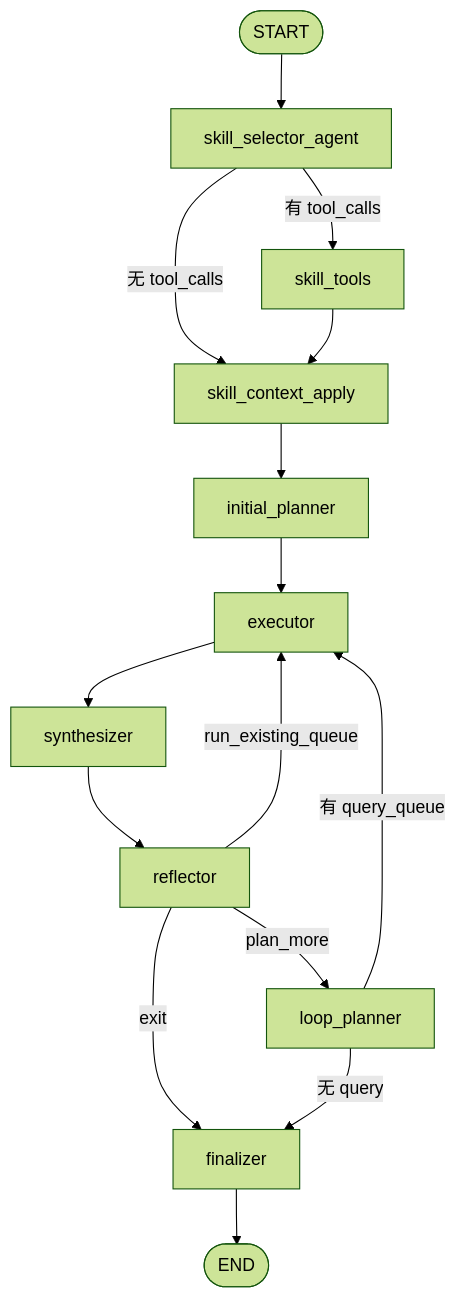
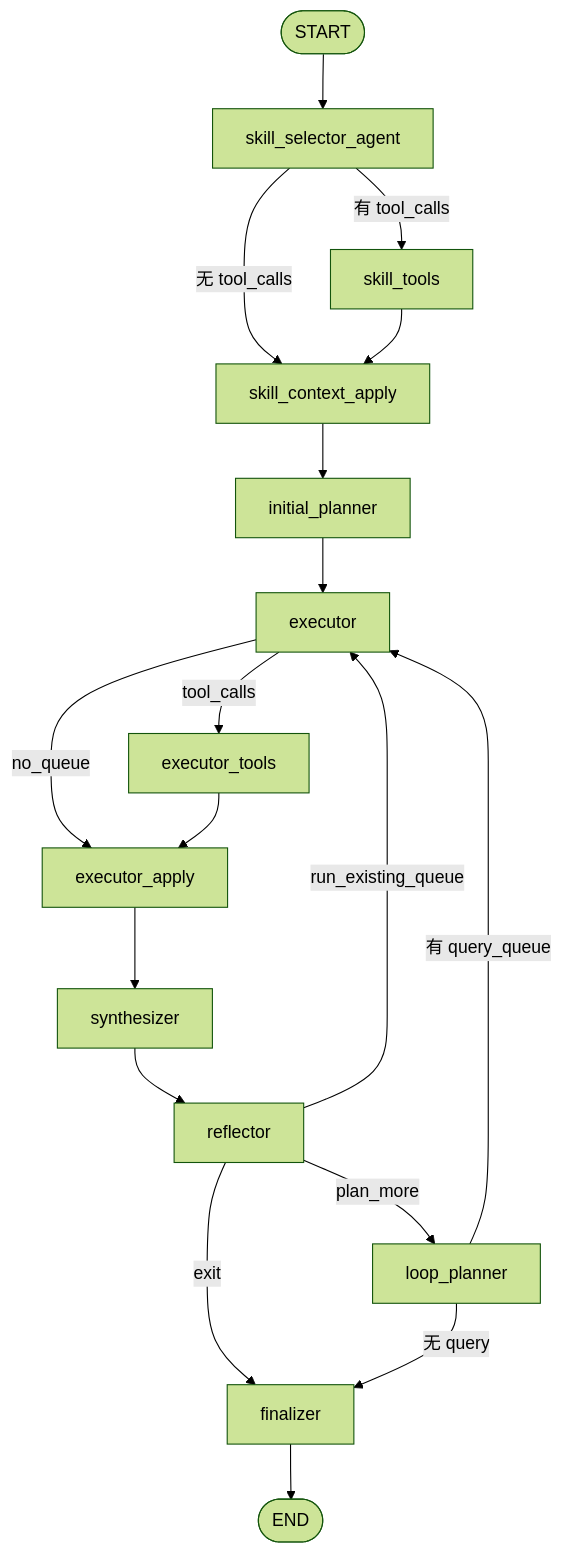
One commit to libazhahei/EquityAgents changed the diagram in tradingagents/equity_research/agents/assumption/RUNTIME.md. Above: the diagram before and after it, drawn with Mermaid (forest theme). The commit also changed other lines of this file and 55 other files, not shown here.

````diff
--- a/tradingagents/equity_research/agents/assumption/RUNTIME.md
+++ b/tradingagents/equity_research/agents/assumption/RUNTIME.md
@@ -15,17 +15,20 @@
 ```mermaid
 flowchart TD
     START([START]) --> SS[skill_selector_agent]
     SS -->|有 tool_calls| ST[skill_tools]
     SS -->|无 tool_calls| SA[skill_context_apply]
     ST --> SA
     SA --> IP[initial_planner]
     IP --> EX[executor]
-    EX --> SY[synthesizer]
+    EX -->|tool_calls| ET[executor_tools]
+    EX -->|no_queue| EA[executor_apply]
+    ET --> EA
+    EA --> SY[synthesizer]
     SY --> RF[reflector]
     RF -->|exit| FN[finalizer]
     RF -->|run_existing_queue| EX
     RF -->|plan_more| LP[loop_planner]
     LP -->|有 query_queue| EX
     LP -->|无 query| FN
     FN --> END([END])
 ```
````
